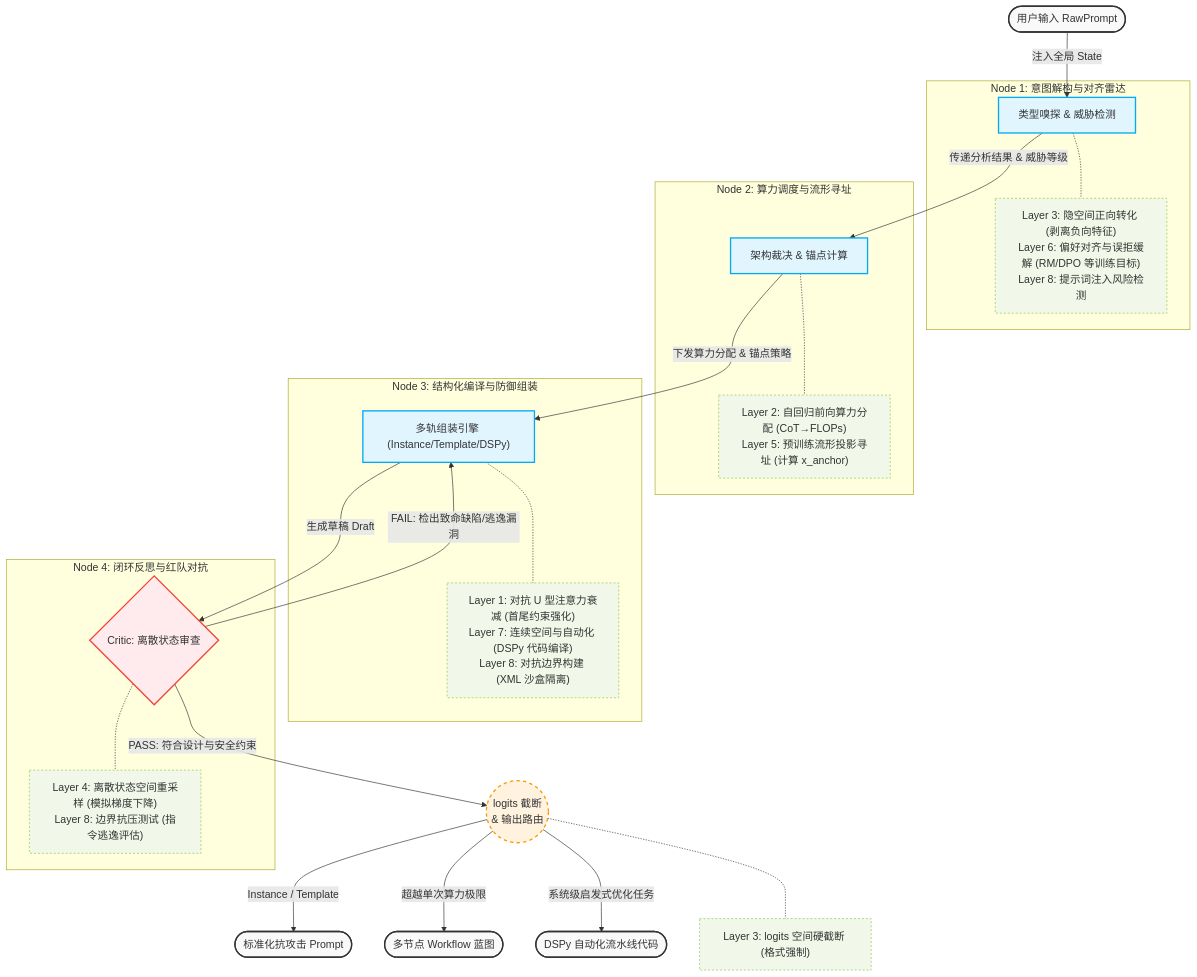
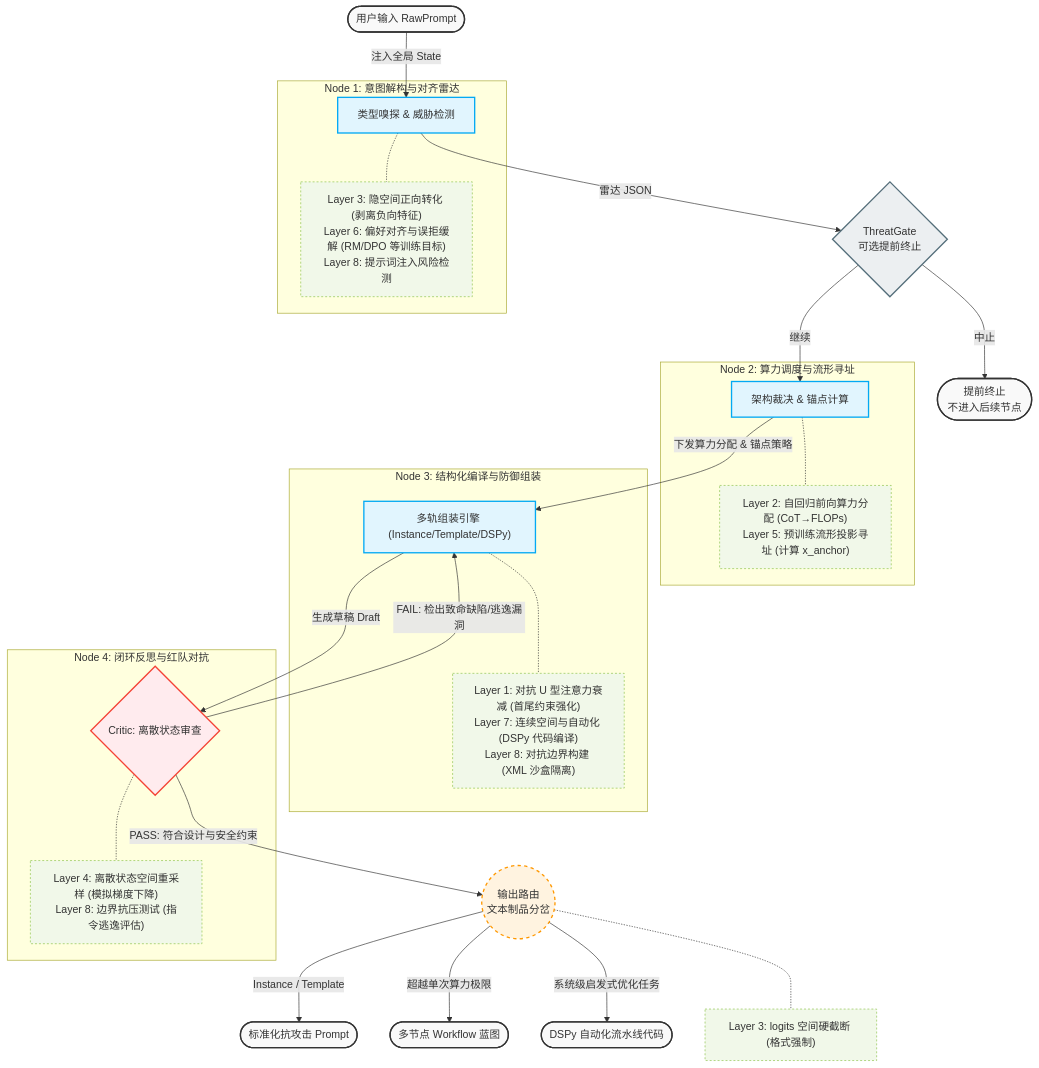
One commit to RimmonXIA/Prompt_Polisher changed the diagram in docs/THEORY.zh.md. Above: the diagram before and after it, drawn with Mermaid. The commit also changed other lines of this file and 2 other files, not shown here.

First line of the commit message:
refactor: update README and THEORY.zh.md for ThreatGate integration

````diff
--- a/docs/THEORY.zh.md
+++ b/docs/THEORY.zh.md
@@ -9,71 +9,75 @@
 ```mermaid
 graph TD
     %% 定义样式
     classDef inputOutput fill:#f9f9f9,stroke:#333,stroke-width:2px;
     classDef node fill:#e1f5fe,stroke:#03a9f4,stroke-width:2px;
     classDef critic fill:#ffebee,stroke:#f44336,stroke-width:2px;
     classDef routing fill:#fff3e0,stroke:#ff9800,stroke-width:2px,stroke-dasharray: 5 5;
     classDef theory fill:#f1f8e9,stroke:#8bc34a,stroke-width:1px,stroke-dasharray: 3 3;
+    classDef gate fill:#eceff1,stroke:#546e7a,stroke-width:2px;
 
     %% 输入
     Input(["用户输入 RawPrompt"])
 
     %% Node 1
     subgraph S1 ["Node 1: 意图解构与对齐雷达"]
         N1["类型嗅探 & 威胁检测"]
         T1["Layer 3: 隐空间正向转化 (剥离负向特征)<br>Layer 6: 偏好对齐与误拒缓解 (RM/DPO 等训练目标)<br>Layer 8: 提示词注入风险检测"]
         N1 -.- T1
     end
 
     %% Node 2
     subgraph S2 ["Node 2: 算力调度与流形寻址"]
         N2["架构裁决 & 锚点计算"]
         T2["Layer 2: 自回归前向算力分配 (CoT→FLOPs)<br>Layer 5: 预训练流形投影寻址 (计算 x_anchor)"]
         N2 -.- T2
     end
 
     %% Node 3
     subgraph S3 ["Node 3: 结构化编译与防御组装"]
         N3["多轨组装引擎 (Instance/Template/DSPy)"]
         T3["Layer 1: 对抗 U 型注意力衰减 (首尾约束强化)<br>Layer 7: 连续空间与自动化 (DSPy 代码编译)<br>Layer 8: 对抗边界构建 (XML 沙盒隔离)"]
         N3 -.- T3
     end
 
     %% Node 4
     subgraph S4 ["Node 4: 闭环反思与红队对抗"]
         N4{"Critic: 离散状态审查"}
         T4["Layer 4: 离散状态空间重采样 (模拟梯度下降)<br>Layer 8: 边界抗压测试 (指令逃逸评估)"]
         N4 -.- T4
     end
 
     %% 输出
     Output1(["标准化抗攻击 Prompt"])
     Output2(["多节点 Workflow 蓝图"])
     Output3(["DSPy 自动化流水线代码"])
 
     %% 流程连接
     Input -->|注入全局 State| N1
-    N1 -->|传递分析结果 & 威胁等级| N2
+    N1 -->|雷达 JSON| Gate{"ThreatGate<br>可选提前终止"}
+    Gate -->|继续| N2
+    Gate -->|中止| Abort(["提前终止<br>不进入后续节点"])
     N2 -->|下发算力分配 & 锚点策略| N3
     N3 -->|生成草稿 Draft| N4
     
     %% 路由循环
     N4 -->|FAIL: 检出致命缺陷/逃逸漏洞| N3
-    N4 -->|PASS: 符合设计与安全约束| Router(("logits 截断<br>& 输出路由"))
+    N4 -->|PASS: 符合设计与安全约束| Router(("输出路由<br>文本制品分岔"))
 
     %% 分发
     Router -->|Instance / Template| Output1
     Router -->|超越单次算力极限| Output2
     Router -->|系统级启发式优化任务| Output3
 
     %% Layer 6 logits 补充
     T_Logits["Layer 3: logits 空间硬截断 (格式强制)"]
     Router -.- T_Logits
 
     %% 应用样式
-    class Input,Output1,Output2,Output3 inputOutput;
+    class Input,Output1,Output2,Output3,Abort inputOutput;
     class N1,N2,N3 node;
     class N4 critic;
+    class Gate gate;
     class Router routing;
     class T1,T2,T3,T4,T_Logits theory;
 ```
````
